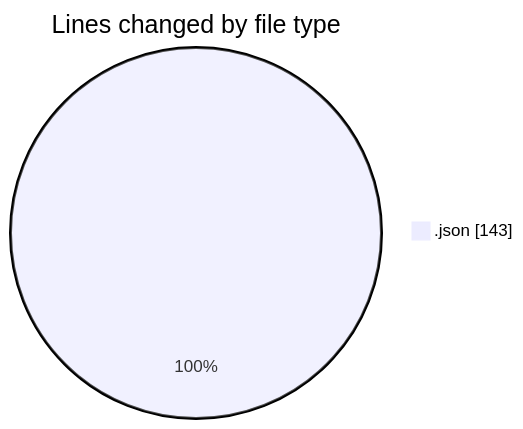
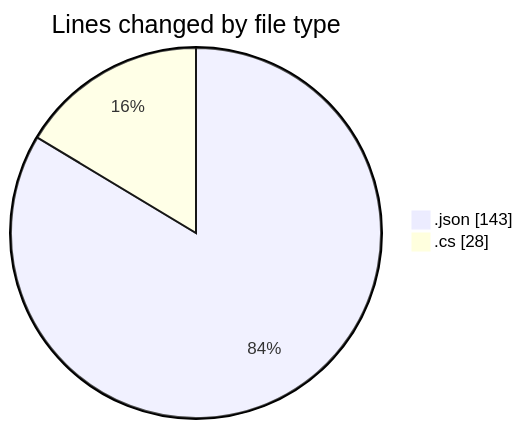
Before and after one commit to Unknowalive/code-tracking: the first of 2 diagrams in 2026-08-25/immersive_codes/README.md, drawn with Mermaid. The commit also changed other lines of this file and 1 other file, not shown here.

````diff
--- a/2026-08-25/immersive_codes/README.md
+++ b/2026-08-25/immersive_codes/README.md
@@ -20,5 +21,6 @@
 ```mermaid
 pie showData
 title Lines changed by file type
 ".json" : 143
+".cs" : 28
 ```
````
